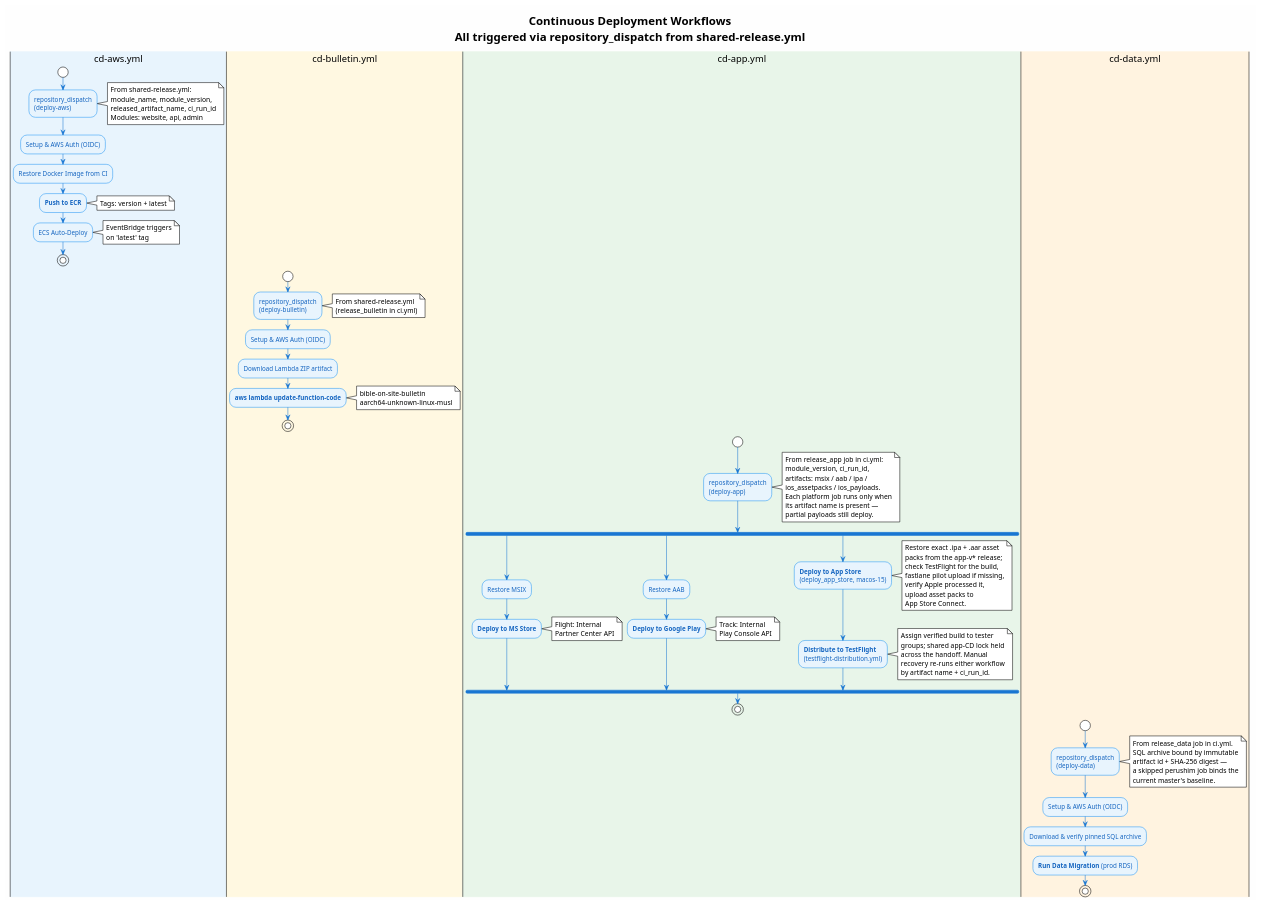
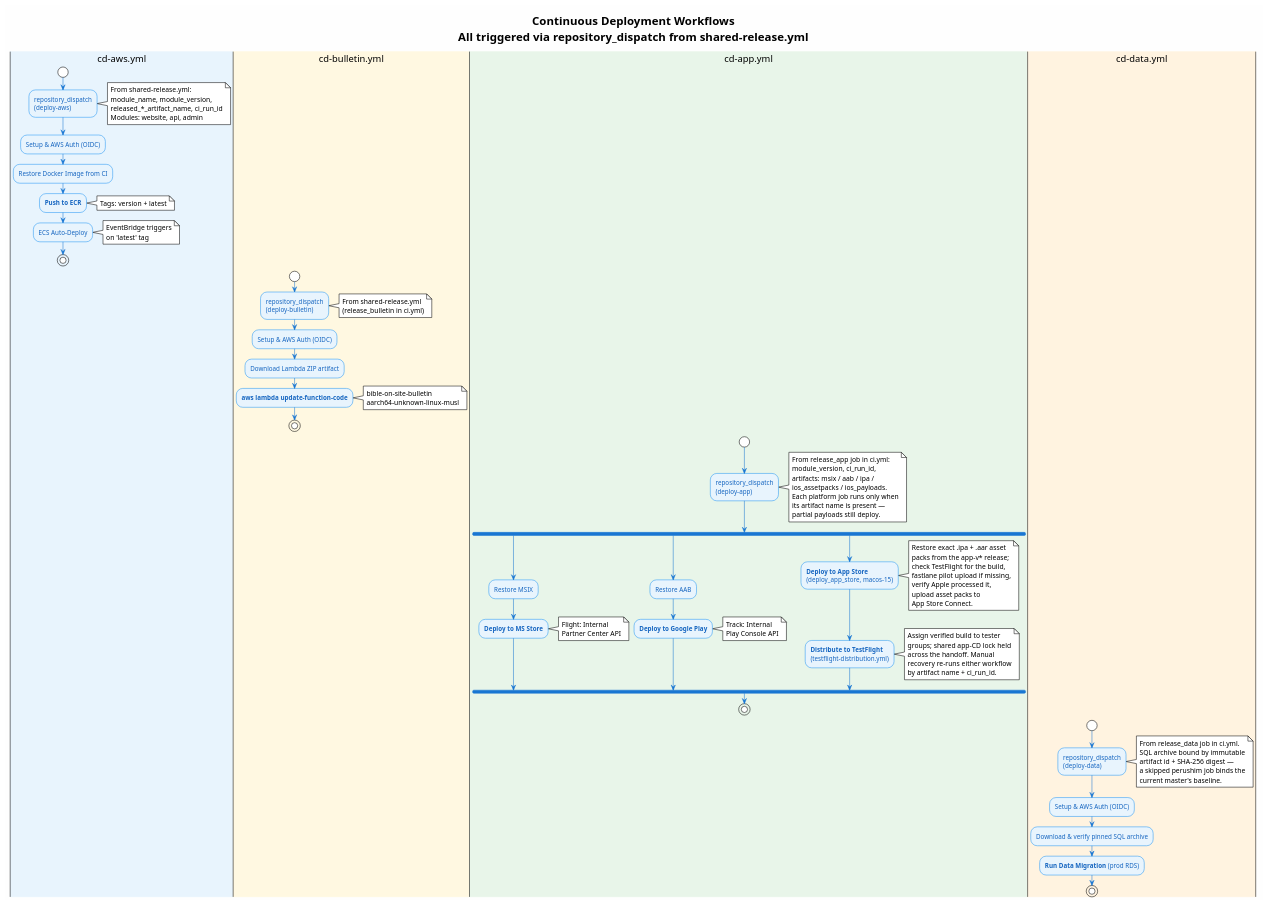
Before and after one commit to bible-on-site/bible-on-site: the diagram in docs/github/workflows/cd/cd.puml, drawn with PlantUML. The commit also changed 37 other files, not shown here.

```diff
--- a/docs/github/workflows/cd/cd.puml
+++ b/docs/github/workflows/cd/cd.puml
@@ -1,116 +1,116 @@
 @startuml CD Workflow
 !theme plain
 skinparam backgroundColor #FEFEFE
 skinparam ActivityBackgroundColor #E8F4FD
 skinparam ActivityBorderColor #2196F3
 skinparam ActivityFontColor #1565C0
 skinparam ArrowColor #1976D2
 skinparam ActivityBarColor #1976D2
 
 title Continuous Deployment Workflows\nAll triggered via repository_dispatch from shared-release.yml
 
 |#E8F4FD|cd-aws.yml|
 start
 :repository_dispatch\n(deploy-aws);
 note right
   From shared-release.yml:
   module_name, module_version,
-  released_artifact_name, ci_run_id
+  released_*_artifact_name, ci_run_id
   Modules: website, api, admin
 end note
 
 :Setup & AWS Auth (OIDC);
 :Restore Docker Image from CI;
 :**Push to ECR**;
 note right
   Tags: version + latest
 end note
 :ECS Auto-Deploy;
 note right
   EventBridge triggers
   on 'latest' tag
 end note
 stop
 
 |#FFF8E1|cd-bulletin.yml|
 start
 :repository_dispatch\n(deploy-bulletin);
 note right
   From shared-release.yml
   (release_bulletin in ci.yml)
 end note
 :Setup & AWS Auth (OIDC);
 :Download Lambda ZIP artifact;
 :**aws lambda update-function-code**;
 note right
   bible-on-site-bulletin
   aarch64-unknown-linux-musl
 end note
 stop
 
 |#E8F5E9|cd-app.yml|
 start
 :repository_dispatch\n(deploy-app);
 note right
   From release_app job in ci.yml:
   module_version, ci_run_id,
   artifacts: msix / aab / ipa /
   ios_assetpacks / ios_payloads.
   Each platform job runs only when
   its artifact name is present —
   partial payloads still deploy.
 end note
 
 fork
   :Restore MSIX;
   :**Deploy to MS Store**;
   note right
     Flight: Internal
     Partner Center API
   end note
 fork again
   :Restore AAB;
   :**Deploy to Google Play**;
   note right
     Track: Internal
     Play Console API
   end note
 fork again
   :**Deploy to App Store**\n(deploy_app_store, macos-15);
   note right
     Restore exact .ipa + .aar asset
     packs from the app-v* release;
     check TestFlight for the build,
     fastlane pilot upload if missing,
     verify Apple processed it,
     upload asset packs to
     App Store Connect.
   end note
   :**Distribute to TestFlight**\n(testflight-distribution.yml);
   note right
     Assign verified build to tester
     groups; shared app-CD lock held
     across the handoff. Manual
     recovery re-runs either workflow
     by artifact name + ci_run_id.
   end note
 end fork
 stop
 
 |#FFF3E0|cd-data.yml|
 start
 :repository_dispatch\n(deploy-data);
 note right
   From release_data job in ci.yml.
   SQL archive bound by immutable
   artifact id + SHA-256 digest —
   a skipped perushim job binds the
   current master's baseline.
 end note
 
 :Setup & AWS Auth (OIDC);
 :Download & verify pinned SQL archive;
 :**Run Data Migration** (prod RDS);
 stop
 
 @enduml
```
